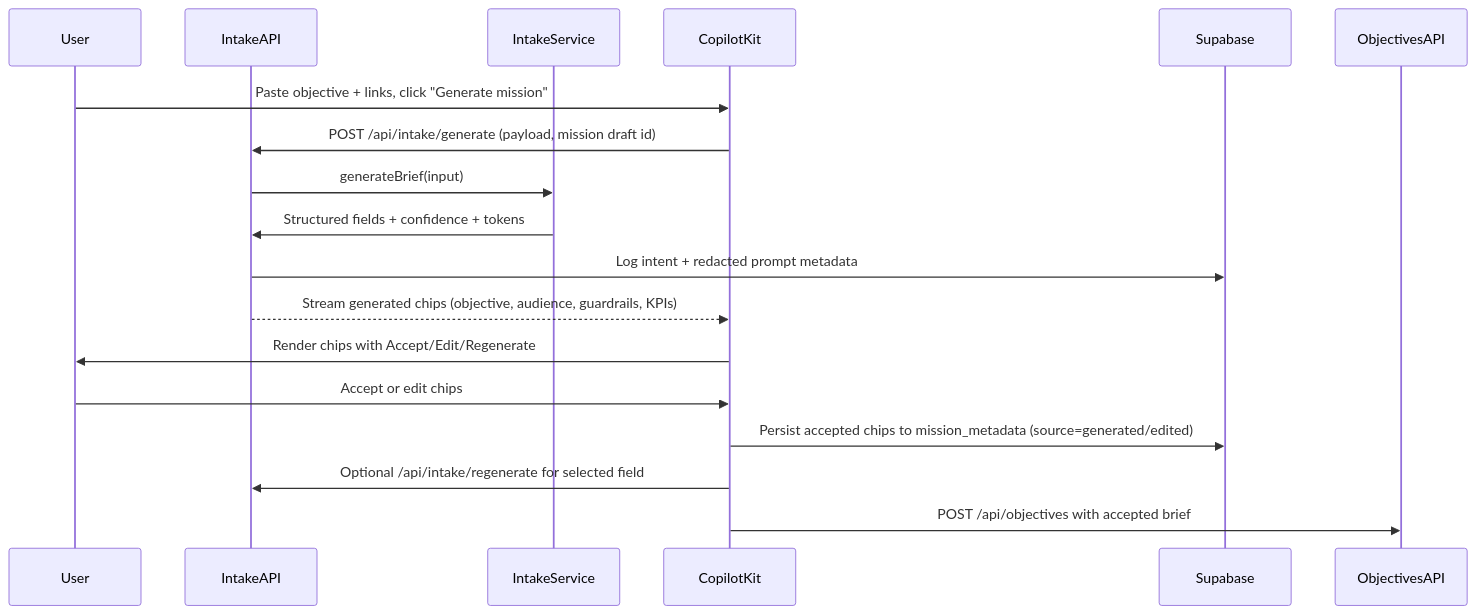
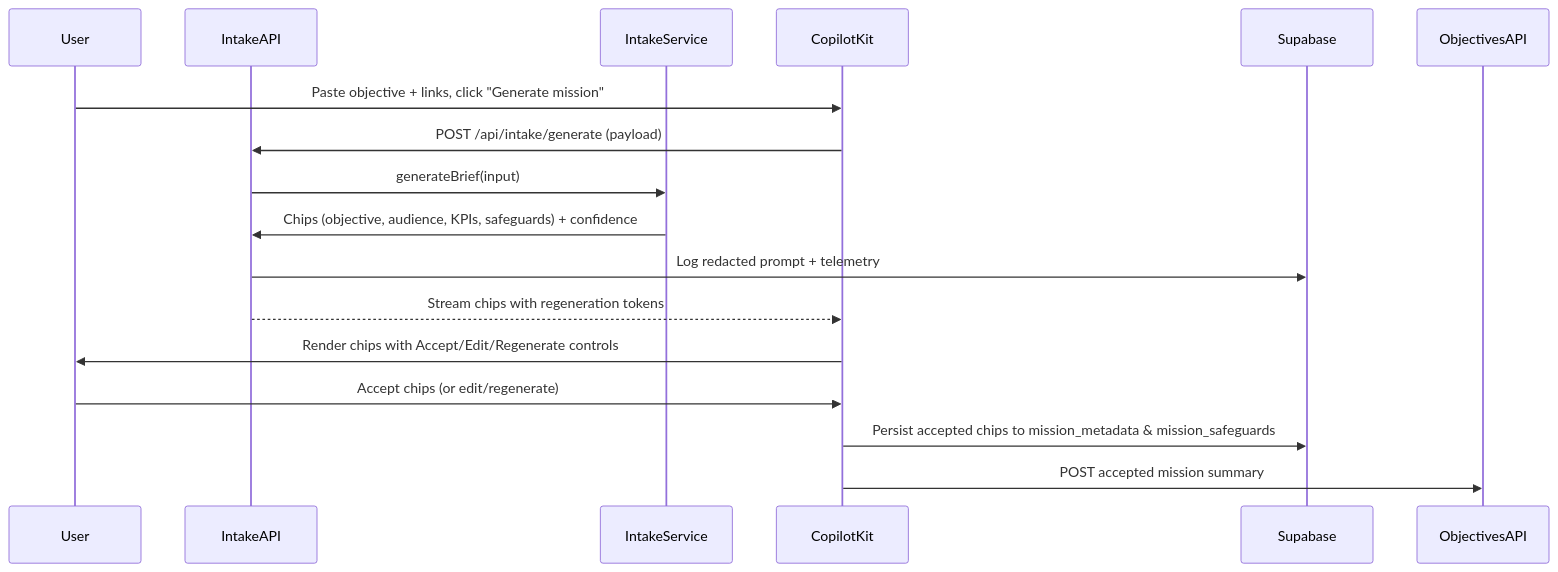
The first of 4 diagrams in new_docs/architecture.md (maxbaluev/ai_employee_0), drawn with Mermaid before and after one commit. The commit also changed other lines of this file and 5 other files, not shown here.

````diff
--- a/new_docs/architecture.md
+++ b/new_docs/architecture.md
@@ -112,20 +115,19 @@
 ```mermaid
 sequenceDiagram
     participant User
     participant IntakeAPI
     participant IntakeService
     participant CopilotKit
     participant Supabase
 
     User->>CopilotKit: Paste objective + links, click "Generate mission"
-    CopilotKit->>IntakeAPI: POST /api/intake/generate (payload, mission draft id)
+    CopilotKit->>IntakeAPI: POST /api/intake/generate (payload)
     IntakeAPI->>IntakeService: generateBrief(input)
-    IntakeService->>IntakeAPI: Structured fields + confidence + tokens
-    IntakeAPI->>Supabase: Log intent + redacted prompt metadata
-    IntakeAPI-->>CopilotKit: Stream generated chips (objective, audience, guardrails, KPIs)
-    CopilotKit->>User: Render chips with Accept/Edit/Regenerate
-    User->>CopilotKit: Accept or edit chips
-    CopilotKit->>Supabase: Persist accepted chips to mission_metadata (source=generated/edited)
-    CopilotKit->>IntakeAPI: Optional /api/intake/regenerate for selected field
-    CopilotKit->>ObjectivesAPI: POST /api/objectives with accepted brief
+    IntakeService->>IntakeAPI: Chips (objective, audience, KPIs, safeguards) + confidence
+    IntakeAPI->>Supabase: Log redacted prompt + telemetry
+    IntakeAPI-->>CopilotKit: Stream chips with regeneration tokens
+    CopilotKit->>User: Render chips with Accept/Edit/Regenerate controls
+    User->>CopilotKit: Accept chips (or edit/regenerate)
+    CopilotKit->>Supabase: Persist accepted chips to mission_metadata & mission_safeguards
+    CopilotKit->>ObjectivesAPI: POST accepted mission summary
 ```
````
